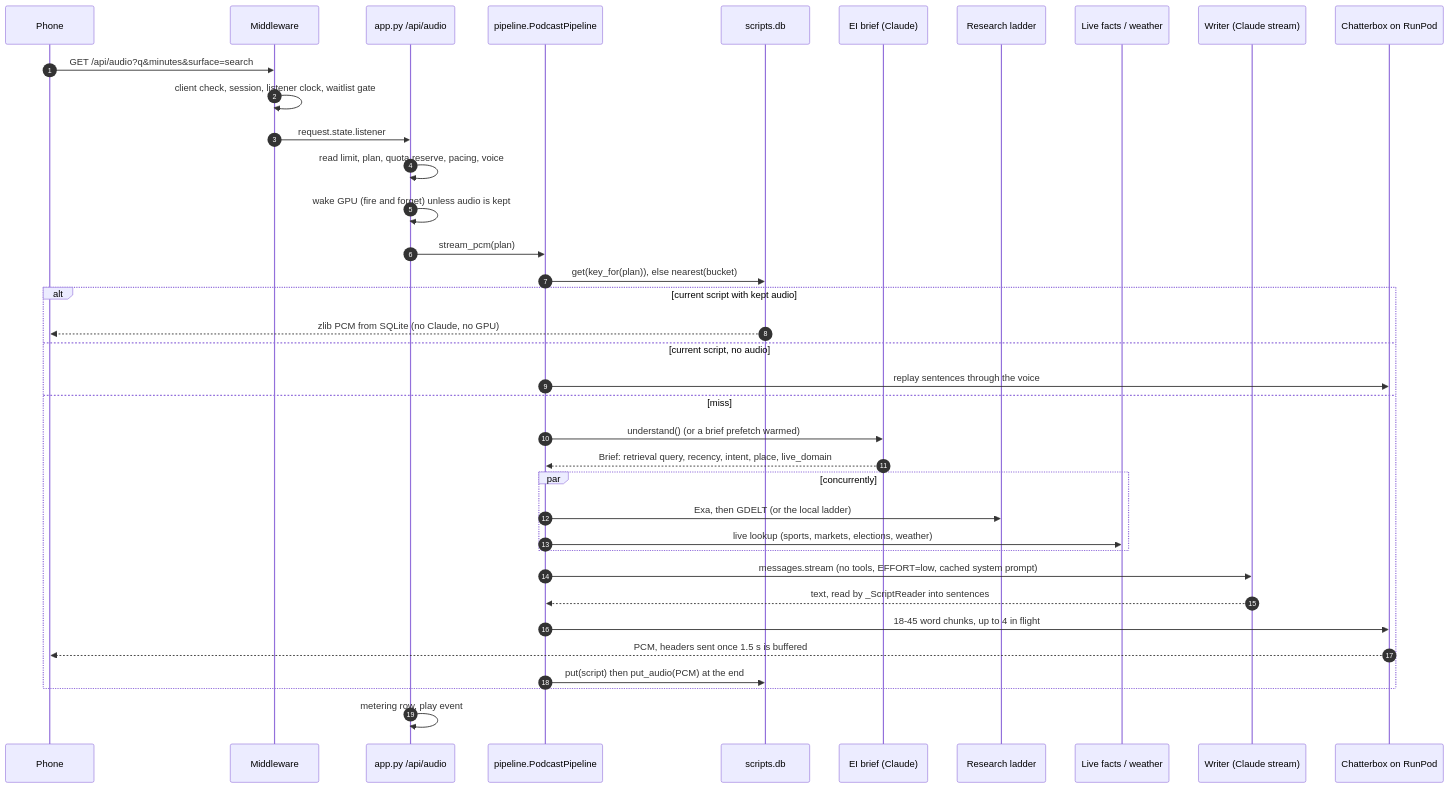
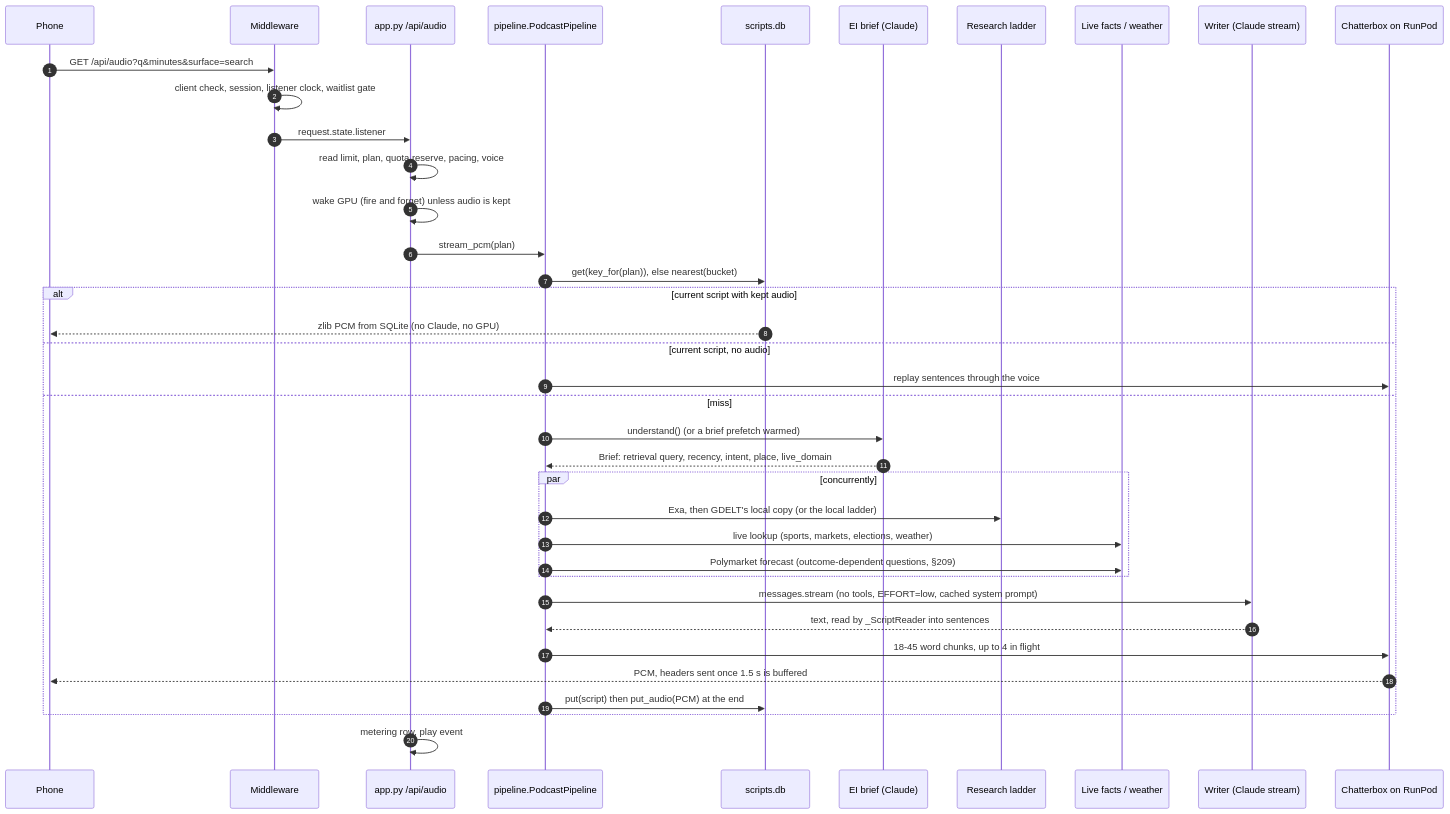
Before and after one commit to tjweingart-byte/FAM: the second of 5 diagrams in docs/BACKEND.md, drawn with Mermaid. The commit also changed other lines of this file and 37 other files, not shown here.

First line of the commit message:
§209: GDELT read from its export files; Polymarket asked for every outcome

````diff
--- a/docs/BACKEND.md
+++ b/docs/BACKEND.md
@@ -133,39 +133,40 @@
 ```mermaid
 sequenceDiagram
   autonumber
   participant U as Phone
   participant M as Middleware
   participant A as app.py /api/audio
   participant P as pipeline.PodcastPipeline
   participant C as scripts.db
   participant E as EI brief (Claude)
   participant R as Research ladder
   participant L as Live facts / weather
   participant W as Writer (Claude stream)
   participant V as Chatterbox on RunPod
   U->>M: GET /api/audio?q&minutes&surface=search
   M->>M: client check, session, listener clock, waitlist gate
   M->>A: request.state.listener
   A->>A: read limit, plan, quota reserve, pacing, voice
   A->>A: wake GPU (fire and forget) unless audio is kept
   A->>P: stream_pcm(plan)
   P->>C: get(key_for(plan)), else nearest(bucket)
   alt current script with kept audio
     C-->>U: zlib PCM from SQLite (no Claude, no GPU)
   else current script, no audio
     P->>V: replay sentences through the voice
   else miss
     P->>E: understand() (or a brief prefetch warmed)
     E-->>P: Brief: retrieval query, recency, intent, place, live_domain
     par concurrently
-      P->>R: Exa, then GDELT (or the local ladder)
+      P->>R: Exa, then GDELT's local copy (or the local ladder)
       P->>L: live lookup (sports, markets, elections, weather)
+      P->>L: Polymarket forecast (outcome-dependent questions, §209)
     end
     P->>W: messages.stream (no tools, EFFORT=low, cached system prompt)
     W-->>P: text, read by _ScriptReader into sentences
     P->>V: 18-45 word chunks, up to 4 in flight
     V-->>U: PCM, headers sent once 1.5 s is buffered
     P->>C: put(script) then put_audio(PCM) at the end
   end
   A->>A: metering row, play event
 ```
````
